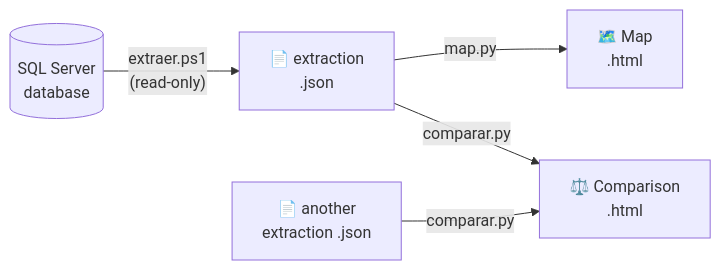
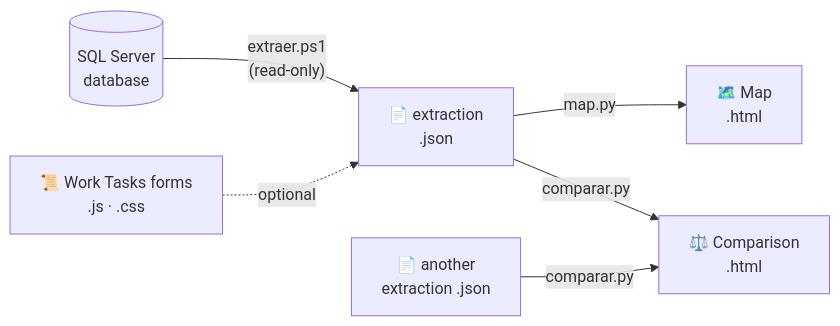
Before and after one commit to XesusPatino/SQL-Lens: the diagram in README.md, drawn with Mermaid. The commit also changed other lines of this file and 11 other files, not shown here.

````diff
--- a/README.md
+++ b/README.md
@@ -39,7 +42,8 @@
 ```mermaid
 flowchart LR
     DB[("SQL Server<br/>database")] -- "extraer.ps1<br/>(read-only)" --> J["📄 extraction<br/>.json"]
+    W["📜 Work Tasks forms<br/>.js · .css"] -. optional .-> J
     J -- map.py --> M["🗺️ Map<br/>.html"]
     J -- comparar.py --> C["⚖️ Comparison<br/>.html"]
     J2["📄 another<br/>extraction .json"] -- comparar.py --> C
 ```
````
